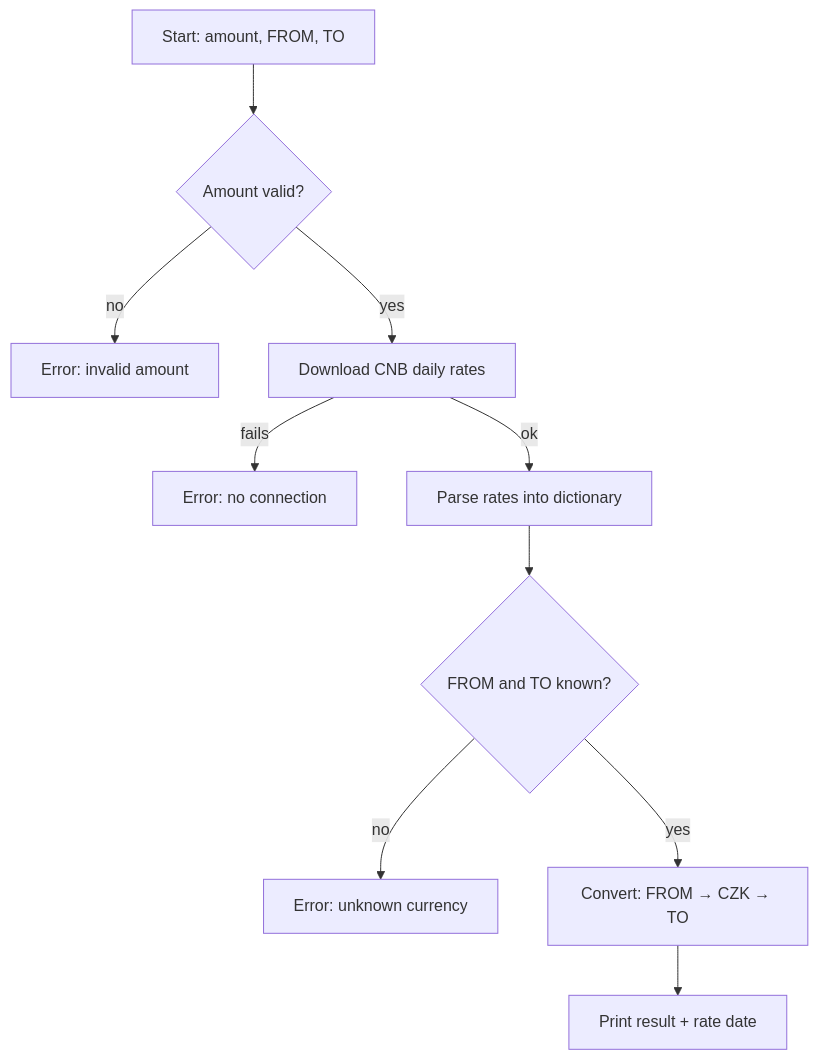
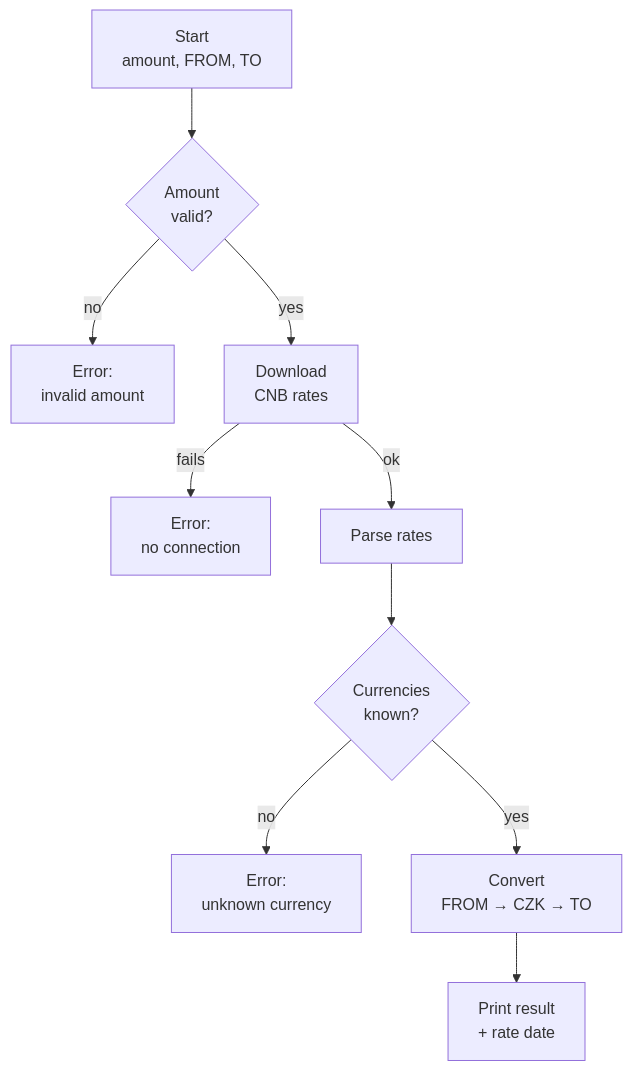
The diagram in docs/notes.md (Lacou2003/semestral-work-ite), drawn with Mermaid before and after one commit.

Commit message:
Edit diagram names

````diff
--- a/docs/notes.md
+++ b/docs/notes.md
@@ -43,12 +43,12 @@
 ```mermaid
 flowchart TD
-    A[Start: amount, FROM, TO] --> B{Amount valid?}
-    B -- no --> E1[Error: invalid amount]
-    B -- yes --> C[Download CNB daily rates]
-    C -- fails --> E2[Error: no connection]
-    C -- ok --> D[Parse rates into dictionary]
-    D --> F{FROM and TO known?}
-    F -- no --> E3[Error: unknown currency]
-    F -- yes --> G[Convert: FROM → CZK → TO]
-    G --> H[Print result + rate date]
+    A["Start<br>amount, FROM, TO"] --> B{"Amount<br>valid?"}
+    B -- no --> E1["Error:<br>invalid amount"]
+    B -- yes --> C["Download<br>CNB rates"]
+    C -- fails --> E2["Error:<br>no connection"]
+    C -- ok --> D["Parse rates"]
+    D --> F{"Currencies<br>known?"}
+    F -- no --> E3["Error:<br>unknown currency"]
+    F -- yes --> G["Convert<br>FROM → CZK → TO"]
+    G --> H["Print result<br>+ rate date"]
 ```
````
